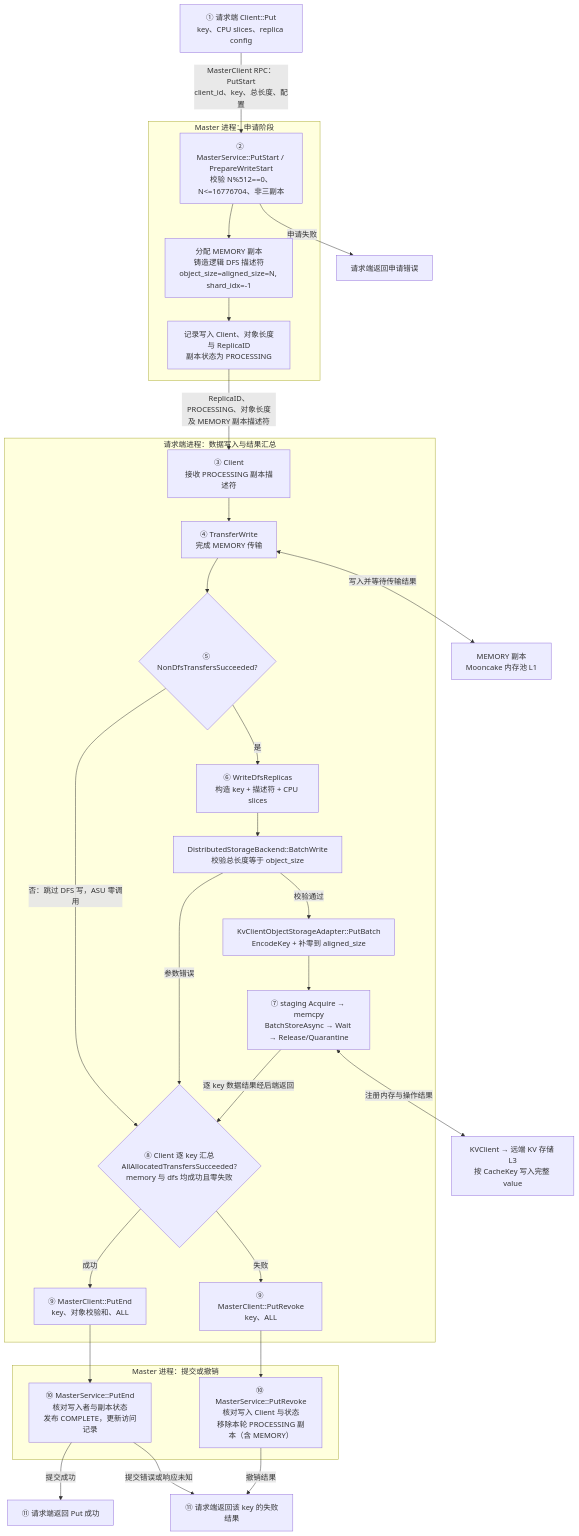
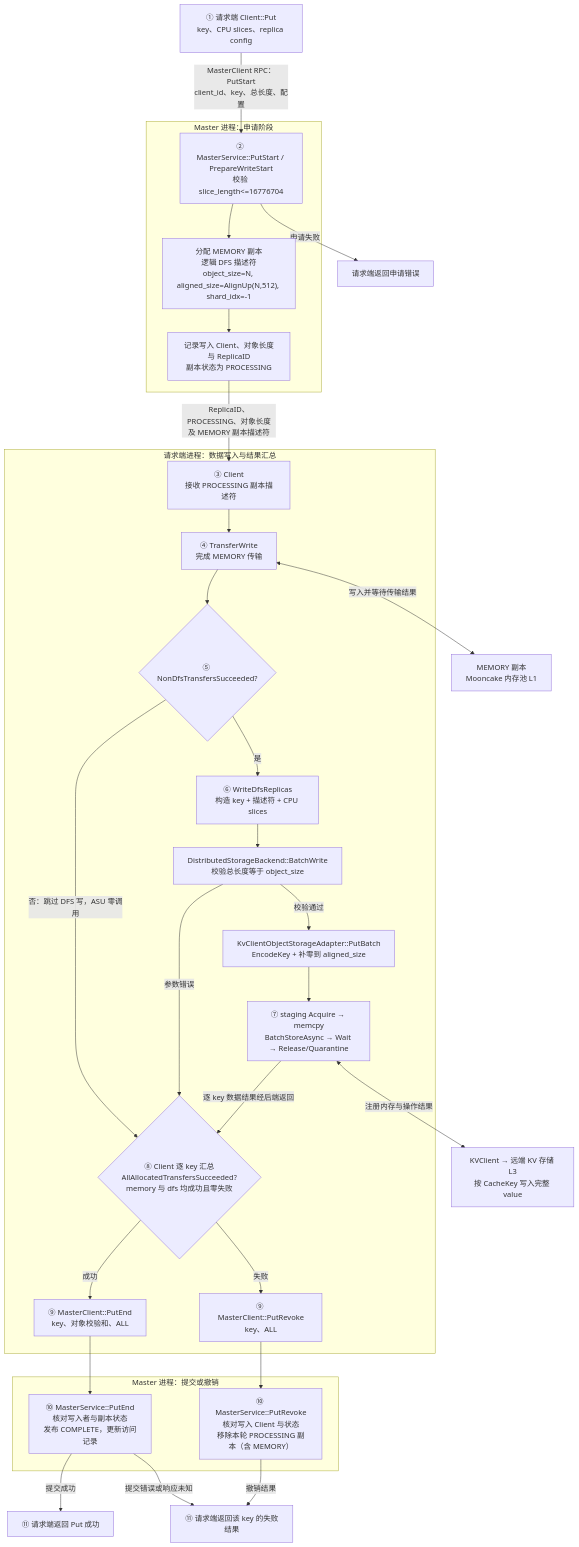
Before and after one commit to zwj20000328-dotcom/Mooncake-documents: the fourth of 13 diagrams in Mooncake + KVClient L3 接入（Kvcs）- v3.md, drawn with Mermaid. The commit also changed other lines of this file, not shown here.

````diff
--- a/Mooncake + KVClient L3 接入（Kvcs）- v3.md
+++ b/Mooncake + KVClient L3 接入（Kvcs）- v3.md
@@ -390,60 +349,60 @@
 ```mermaid
 flowchart TB
     C1["① 请求端 Client::Put<br/>key、CPU slices、replica config"]
 
     subgraph MasterStart["Master 进程：申请阶段"]
-        START["② MasterService::PutStart / PrepareWriteStart<br/>校验 N%512==0、N<=16776704、非三副本"]
-        ALLOC["分配 MEMORY 副本<br/>铸造逻辑 DFS 描述符<br/>object_size=aligned_size=N, shard_idx=-1"]
+        START["② MasterService::PutStart / PrepareWriteStart<br/>校验 slice_length<=16776704"]
+        ALLOC["分配 MEMORY 副本<br/>逻辑 DFS 描述符<br/>object_size=N, aligned_size=AlignUp(N,512), shard_idx=-1"]
         META["记录写入 Client、对象长度与 ReplicaID<br/>副本状态为 PROCESSING"]
 
         START --> ALLOC
         ALLOC --> META
     end
 
     subgraph Request["请求端进程：数据写入与结果汇总"]
         C2["③ Client<br/>接收 PROCESSING 副本描述符"]
         T["④ TransferWrite<br/>完成 MEMORY 传输"]
         GATE{"⑤ NonDfsTransfersSucceeded?"}
         W["⑥ WriteDfsReplicas<br/>构造 key + 描述符 + CPU slices"]
         B["DistributedStorageBackend::BatchWrite<br/>校验总长度等于 object_size"]
         O["KvClientObjectStorageAdapter::PutBatch<br/>EncodeKey + 补零到 aligned_size"]
         D["⑦ staging Acquire → memcpy<br/>BatchStoreAsync → Wait → Release/Quarantine"]
         J{"⑧ Client 逐 key 汇总<br/>AllAllocatedTransfersSucceeded?<br/>memory 与 dfs 均成功且零失败"}
         END["⑨ MasterClient::PutEnd<br/>key、对象校验和、ALL"]
         REVOKE["⑨ MasterClient::PutRevoke<br/>key、ALL"]
 
         C2 --> T
         T --> GATE
         GATE -->|"是"| W
         GATE -->|"否：跳过 DFS 写，ASU 零调用"| J
         W --> B
         B -->|"校验通过"| O
         B -->|"参数错误"| J
         O --> D
         D -->|"逐 key 数据结果经后端返回"| J
         J -->|"成功"| END
         J -->|"失败"| REVOKE
     end
 
     subgraph MasterFinish["Master 进程：提交或撤销"]
         COMMIT["⑩ MasterService::PutEnd<br/>核对写入者与副本状态<br/>发布 COMPLETE，更新访问记录"]
         ABORT["⑩ MasterService::PutRevoke<br/>核对写入 Client 与状态<br/>移除本轮 PROCESSING 副本（含 MEMORY）"]
     end
 
     OK["⑪ 请求端返回 Put 成功"]
     FAIL["⑪ 请求端返回该 key 的失败结果"]
     REJECT["请求端返回申请错误"]
     RAM["MEMORY 副本<br/>Mooncake 内存池 L1"]
     S["KVClient → 远端 KV 存储 L3<br/>按 CacheKey 写入完整 value"]
 
     C1 -->|"MasterClient RPC：PutStart<br/>client_id、key、总长度、配置"| START
     START -->|"申请失败"| REJECT
     META -->|"ReplicaID、PROCESSING、对象长度<br/>及 MEMORY 副本描述符"| C2
     T <-->|"写入并等待传输结果"| RAM
     D <-->|"注册内存与操作结果"| S
     END --> COMMIT
     COMMIT -->|"提交成功"| OK
     COMMIT -->|"提交错误或响应未知"| FAIL
     REVOKE --> ABORT
     ABORT -->|"撤销结果"| FAIL
 ```
````
